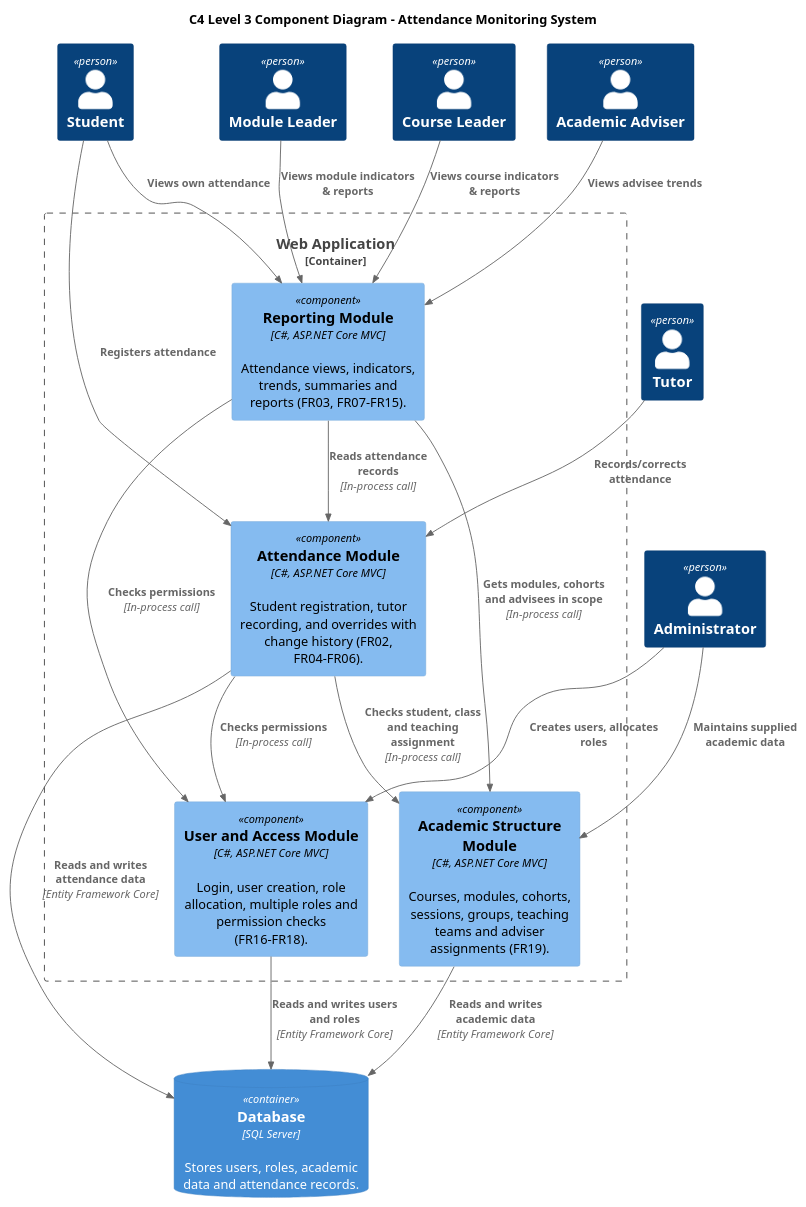
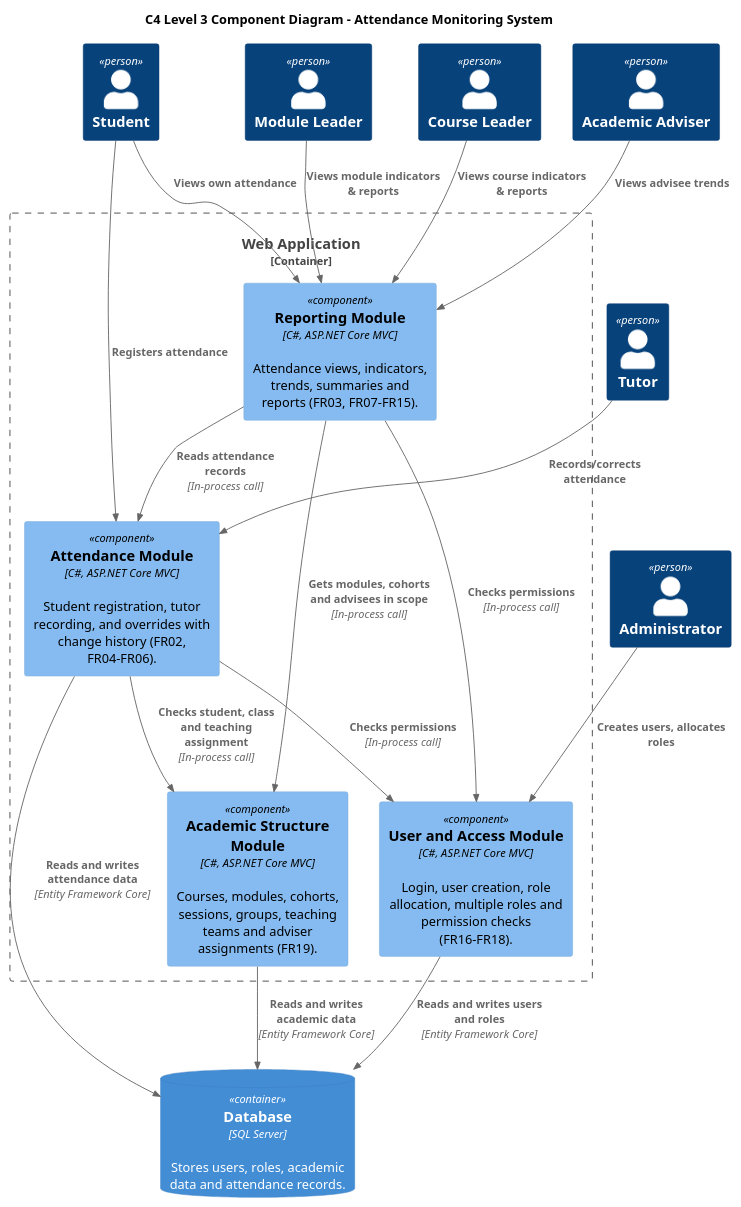
One commit to Shelly855/attendance-monitoring-copy changed the diagram in diagrams/c4-level3-diagram.puml. Above: the diagram before and after it, drawn with PlantUML. The commit also changed 6 other files, not shown here.

Commit message:
diagrams

```diff
--- a/diagrams/c4-level3-diagram.puml
+++ b/diagrams/c4-level3-diagram.puml
@@ -1,39 +1,38 @@
 @startuml AttendanceMonitoringSystemC4L3
 title C4 Level 3 Component Diagram – Attendance Monitoring System
 !include https://raw.githubusercontent.com/plantuml-stdlib/C4-PlantUML/master/C4_Component.puml
 
 Person(student, "Student")
 Person(tutor, "Tutor")
 Person(moduleLeader, "Module Leader")
 Person(courseLeader, "Course Leader")
 Person(adviser, "Academic Adviser")
 Person(admin, "Administrator")
 
 Container_Boundary(web, "Web Application") {
     Component(attendance, "Attendance Module", "C#, ASP.NET Core MVC", "Student registration, tutor recording, and overrides with change history (FR02, FR04-FR06).")
     Component(reporting, "Reporting Module", "C#, ASP.NET Core MVC", "Attendance views, indicators, trends, summaries and reports (FR03, FR07-FR15).")
     Component(access, "User and Access Module", "C#, ASP.NET Core MVC", "Login, user creation, role allocation, multiple roles and permission checks (FR16-FR18).")
     Component(academic, "Academic Structure Module", "C#, ASP.NET Core MVC", "Courses, modules, cohorts, sessions, groups, teaching teams and adviser assignments (FR19).")
 }
 
 ContainerDb(db, "Database", "SQL Server", "Stores users, roles, academic data and attendance records.")
 
 Rel(student, attendance, "Registers attendance")
 Rel(student, reporting, "Views own attendance")
 Rel(tutor, attendance, "Records/corrects attendance")
 Rel(moduleLeader, reporting, "Views module indicators & reports")
 Rel(courseLeader, reporting, "Views course indicators & reports")
 Rel(adviser, reporting, "Views advisee trends")
 Rel(admin, access, "Creates users, allocates roles")
-Rel(admin, academic, "Maintains supplied academic data")
 
 Rel(attendance, academic, "Checks student, class and teaching assignment", "In-process call")
 Rel(attendance, access, "Checks permissions", "In-process call")
 Rel(reporting, attendance, "Reads attendance records", "In-process call")
 Rel(reporting, academic, "Gets modules, cohorts and advisees in scope", "In-process call")
 Rel(reporting, access, "Checks permissions", "In-process call")
 
 Rel(attendance, db, "Reads and writes attendance data", "Entity Framework Core")
 Rel(access, db, "Reads and writes users and roles", "Entity Framework Core")
 Rel(academic, db, "Reads and writes academic data", "Entity Framework Core")
 @enduml
```
